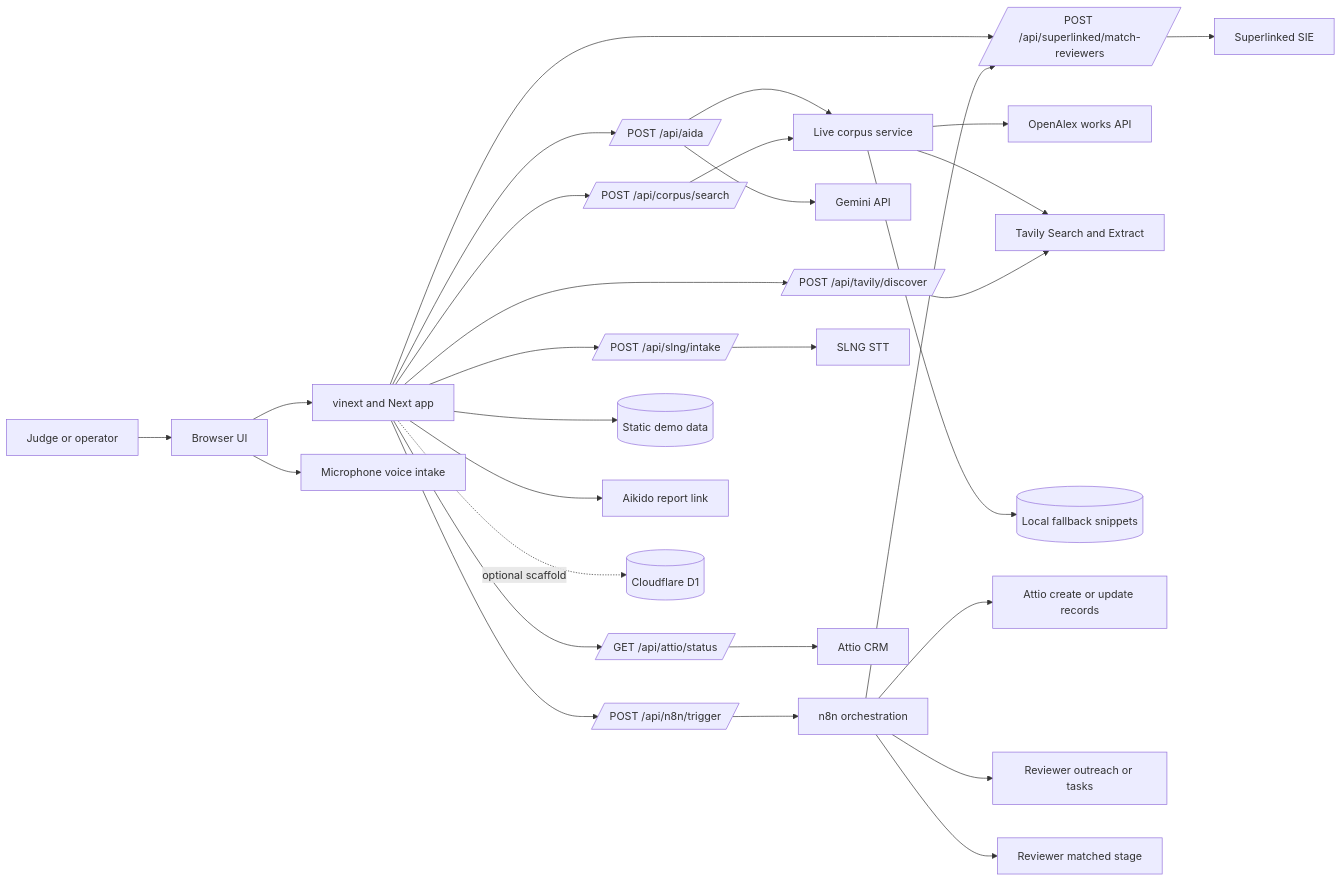
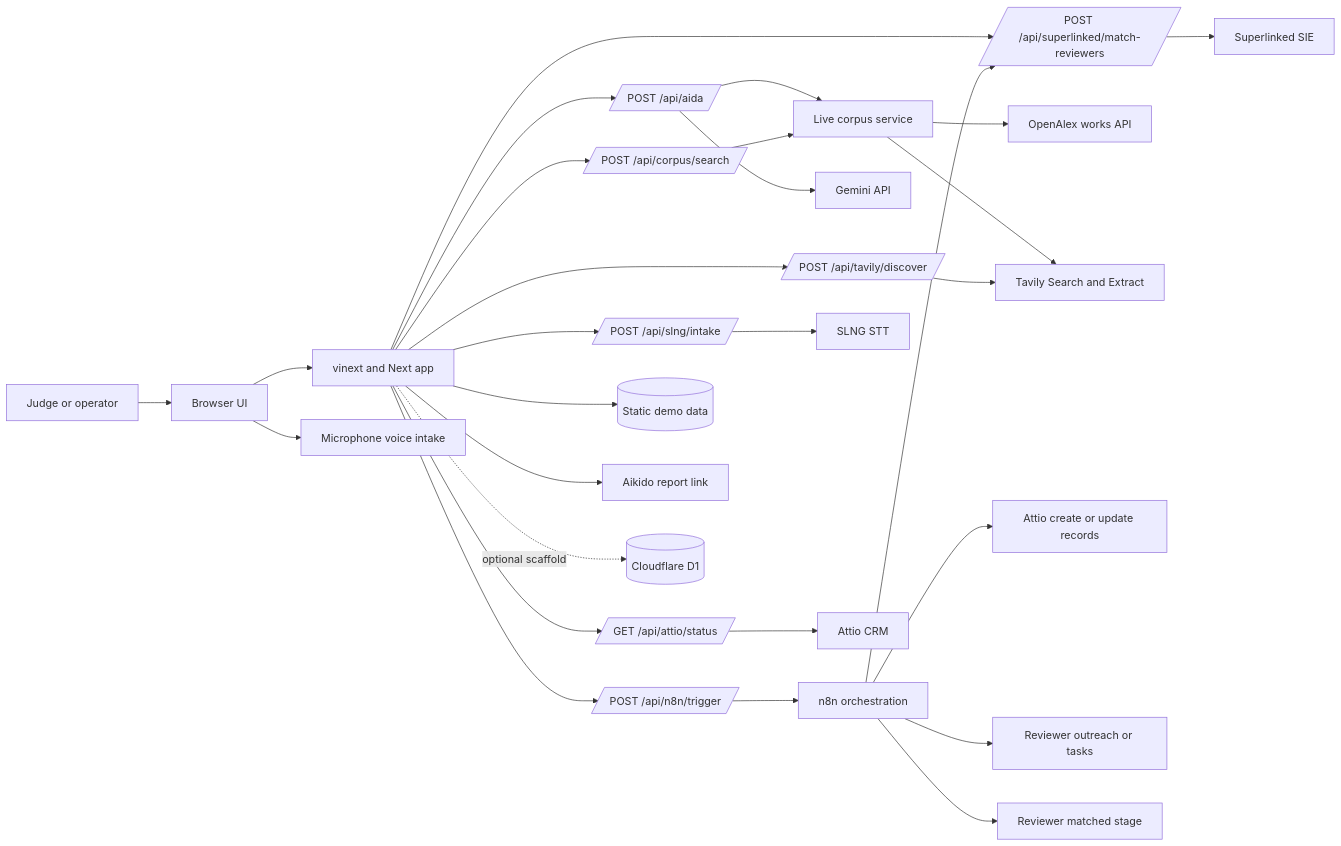
The diagram in ARCHITECTURE.md (MasteraSnackin/Peerflow), drawn with Mermaid before and after one commit. The commit also changed other lines of this file and 9 other files, not shown here.

Commit message:
Remove local Aida fallback corpus

````diff
--- a/ARCHITECTURE.md
+++ b/ARCHITECTURE.md
@@ -46,31 +47,30 @@
 ```mermaid
 flowchart LR
   Judge[Judge or operator] --> Browser[Browser UI]
   Browser --> App[vinext and Next app]
   App --> AidaRoute[/POST /api/aida/]
   App --> CorpusRoute[/POST /api/corpus/search/]
   App --> MatchRoute[/POST /api/superlinked/match-reviewers/]
   App --> AttioRoute[/GET /api/attio/status/]
   App --> N8nRoute[/POST /api/n8n/trigger/]
   App --> TavilyRoute[/POST /api/tavily/discover/]
   App --> SlngRoute[/POST /api/slng/intake/]
   App --> StaticData[(Static demo data)]
   AidaRoute --> CorpusService[Live corpus service]
   CorpusRoute --> CorpusService
   CorpusService --> OpenAlex[OpenAlex works API]
   CorpusService --> Tavily[Tavily Search and Extract]
-  CorpusService --> Fallback[(Local fallback snippets)]
   AidaRoute --> Gemini[Gemini API]
   N8nRoute --> N8N[n8n orchestration]
   N8N --> AttioWrite[Attio create or update records]
   N8N --> MatchRoute
   N8N --> Outreach[Reviewer outreach or tasks]
   N8N --> Stage[Reviewer matched stage]
   MatchRoute --> SIE[Superlinked SIE]
   SlngRoute --> SLNG[SLNG STT]
   AttioRoute --> Attio[Attio CRM]
   TavilyRoute --> Tavily
   Browser --> Voice[Microphone voice intake]
   App --> Aikido[Aikido report link]
   App -. optional scaffold .-> D1[(Cloudflare D1)]
 ```
````
